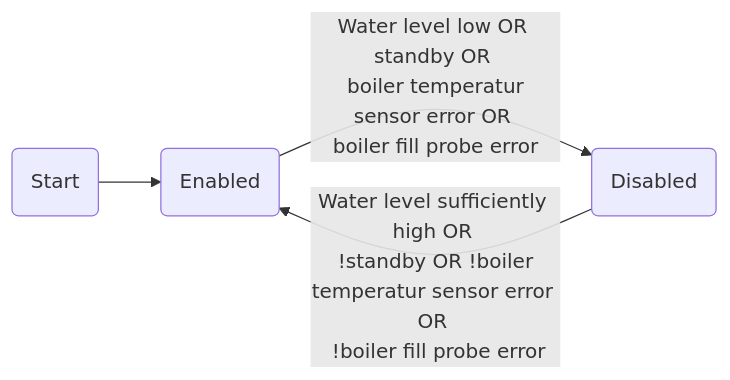
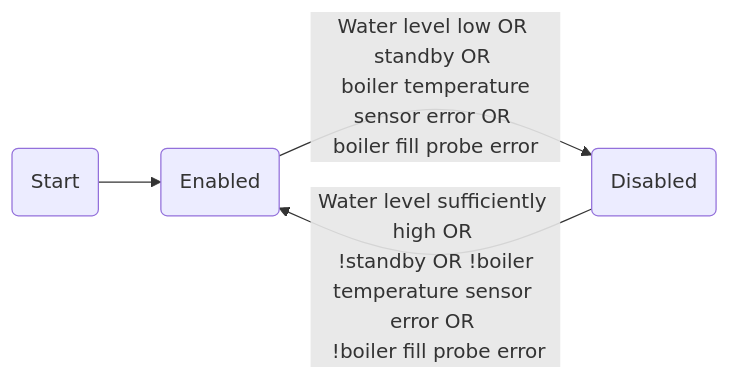
One commit to ggramlich26/BZ10_upgrade changed the second of 3 diagrams in README.md. Above: the diagram before and after it, drawn with Mermaid. The commit also changed other lines of this file, not shown here.

````diff
--- a/README.md
+++ b/README.md
@@ -27,9 +27,9 @@
 ```mermaid
 graph LR
 enabled(Enabled)
 disabled(Disabled)
 start(Start)
-enabled -- Water level low OR standby OR <br> boiler temperatur sensor error OR <br>boiler fill probe error--> disabled
-disabled -- Water level sufficiently high OR <br> !standby OR !boiler temperatur sensor error OR <br> !boiler fill probe error-->enabled
+enabled -- Water level low OR standby OR <br> boiler temperature sensor error OR <br>boiler fill probe error--> disabled
+disabled -- Water level sufficiently high OR <br> !standby OR !boiler temperature sensor error OR <br> !boiler fill probe error-->enabled
 start --> enabled
 ```
````
